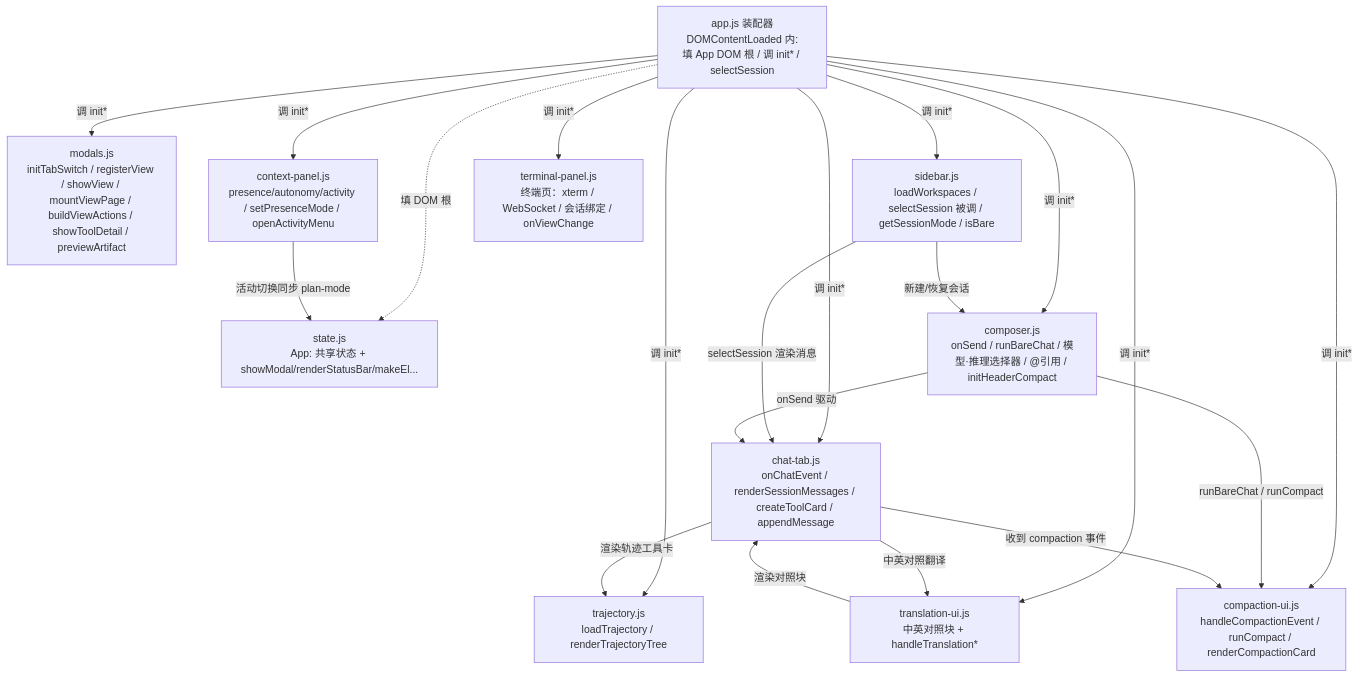
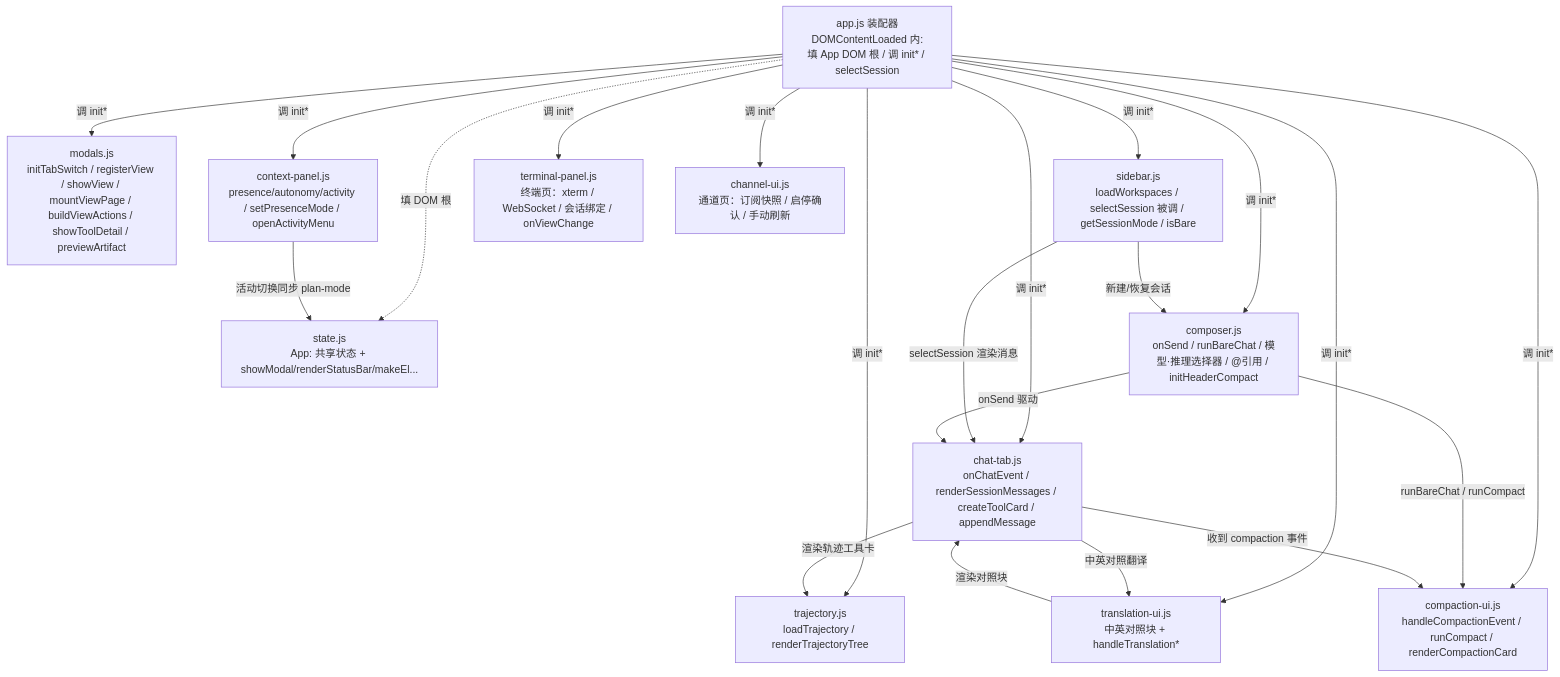
Before and after one commit to wingdever/agent: the second of 2 diagrams in docs/ui/ui.md, drawn with Mermaid. The commit also changed other lines of this file and 23 other files, not shown here.

````diff
--- a/docs/ui/ui.md
+++ b/docs/ui/ui.md
@@ -1003,36 +1053,38 @@
 ```mermaid
 graph TD
     APP["app.js 装配器<br/>DOMContentLoaded 内:<br/>填 App DOM 根 / 调 init* / selectSession"]
     ST["state.js<br/>App: 共享状态 + showModal/renderStatusBar/makeEl..."]
 
     M["modals.js<br/>initTabSwitch / registerView / showView / mountViewPage / buildViewActions / showToolDetail / previewArtifact"]
     SB["sidebar.js<br/>loadWorkspaces / selectSession 被调 / getSessionMode / isBare"]
     CP["context-panel.js<br/>presence/autonomy/activity / setPresenceMode / openActivityMenu"]
     TR["trajectory.js<br/>loadTrajectory / renderTrajectoryTree"]
     TU["translation-ui.js<br/>中英对照块 + handleTranslation*"]
     CT["chat-tab.js<br/>onChatEvent / renderSessionMessages / createToolCard / appendMessage"]
     CU["compaction-ui.js<br/>handleCompactionEvent / runCompact / renderCompactionCard"]
     CO["composer.js<br/>onSend / runBareChat / 模型·推理选择器 / @引用 / initHeaderCompact"]
     TP["terminal-panel.js<br/>终端页：xterm / WebSocket / 会话绑定 / onViewChange"]
+    CH["channel-ui.js<br/>通道页：订阅快照 / 启停确认 / 手动刷新"]
 
     APP -->|调 init*| M
     APP -->|调 init*| SB
     APP -->|调 init*| CP
     APP -->|调 init*| TR
     APP -->|调 init*| TU
     APP -->|调 init*| CT
     APP -->|调 init*| CU
     APP -->|调 init*| CO
     APP -->|调 init*| TP
+    APP -->|调 init*| CH
     APP -.填 DOM 根.-> ST
 
     SB -->|selectSession 渲染消息| CT
     SB -->|新建/恢复会话| CO
     CO -->|onSend 驱动| CT
     CO -->|runBareChat / runCompact| CU
     CT -->|收到 compaction 事件| CU
     CT -->|渲染轨迹工具卡| TR
     CT -->|中英对照翻译| TU
     CP -->|活动切换同步 plan-mode| ST
     TU -->|渲染对照块| CT
 ```
````
